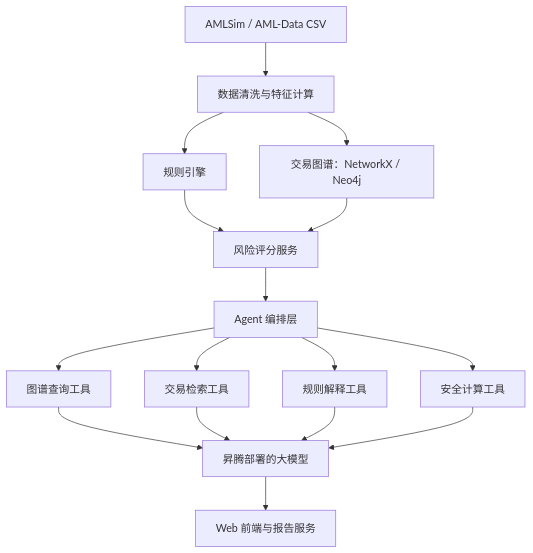
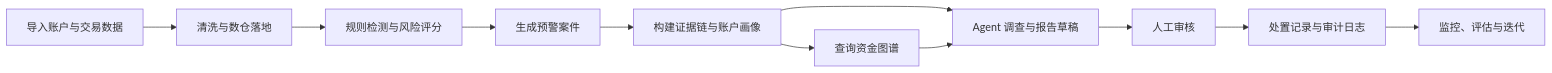
The diagram in chainjian-aml/docs/PRD.md (wangweihang1007-dev/chainjian-aml), drawn with Mermaid before and after one commit. The commit also changed other lines of this file and 80 other files, not shown here.

````diff
--- a/chainjian-aml/docs/PRD.md
+++ b/chainjian-aml/docs/PRD.md
@@ -144,18 +88,13 @@
 ```mermaid
-flowchart TB
-A["AMLSim / AML-Data CSV"] --> B["数据清洗与特征计算"]
-B --> C["规则引擎"]
-B --> D["交易图谱：NetworkX / Neo4j"]
-C --> E["风险评分服务"]
-D --> E
-E --> F["Agent 编排层"]
-F --> G["图谱查询工具"]
-F --> H["交易检索工具"]
-F --> I["规则解释工具"]
-F --> J["安全计算工具"]
-G --> K["昇腾部署的大模型"]
-H --> K
-I --> K
-J --> K
-K --> L["Web 前端与报告服务"]
+flowchart LR
+    A[导入账户与交易数据] --> B[清洗与数仓落地]
+    B --> C[规则检测与风险评分]
+    C --> D[生成预警案件]
+    D --> E[构建证据链与账户画像]
+    E --> F[查询资金图谱]
+    E --> G[Agent 调查与报告草稿]
+    F --> G
+    G --> H[人工审核]
+    H --> I[处置记录与审计日志]
+    I --> J[监控、评估与迭代]
 ```
````
